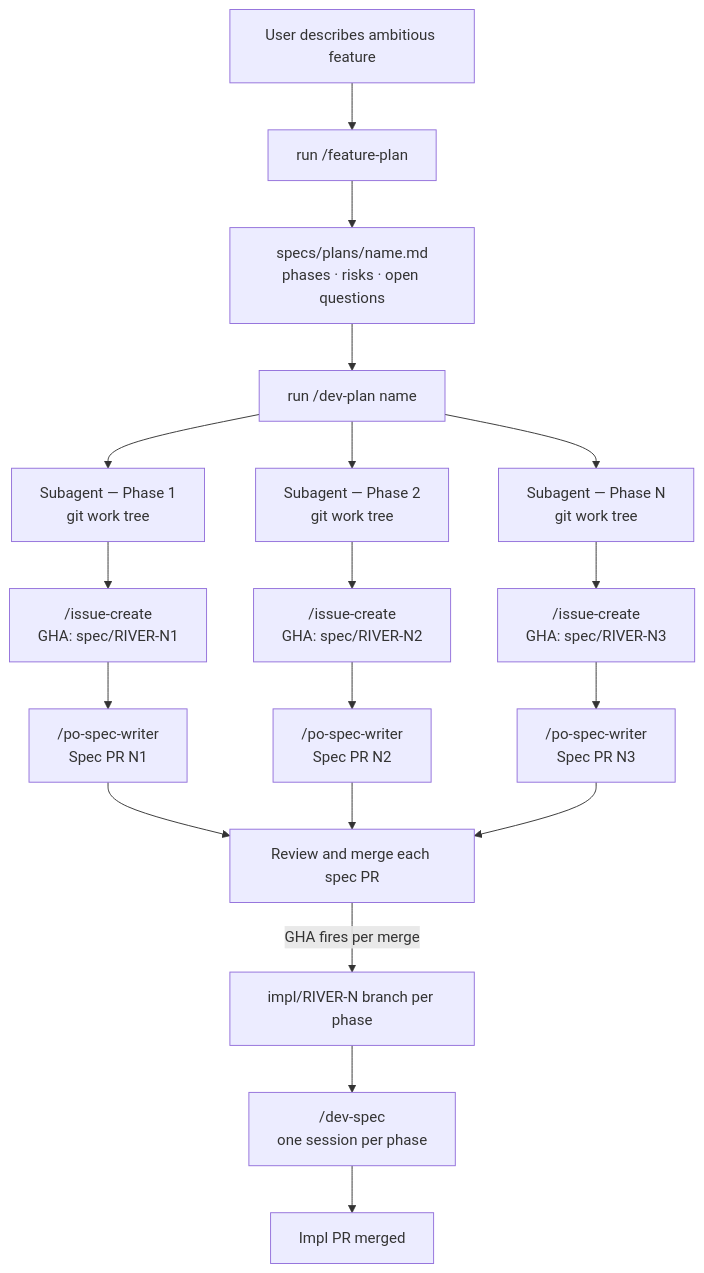
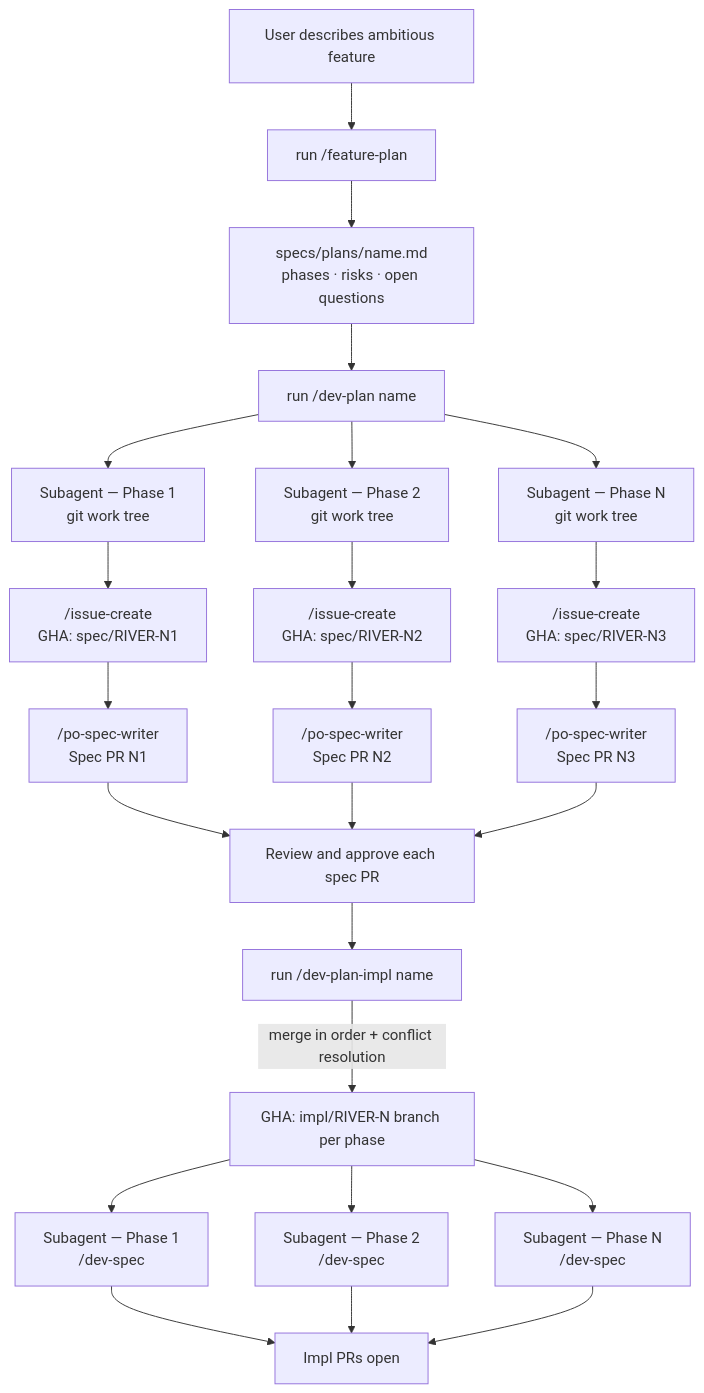
The second of 2 diagrams in README.md (bsterligov/river-spec), drawn with Mermaid before and after one commit. The commit also changed other lines of this file and 2 other files, not shown here.

Commit message:
docs: feat v1 process

````diff
--- a/README.md
+++ b/README.md
@@ -85,26 +85,33 @@
 ```mermaid
 flowchart TD
     A[User describes ambitious feature] --> B["run /feature-plan"]
     B --> C["specs/plans/name.md\nphases · risks · open questions"]
     C --> D["run /dev-plan name"]
 
     D --> SA["Subagent — Phase 1<br/>git work tree"]
     D --> SB["Subagent — Phase 2<br/>git work tree"]
     D --> SC["Subagent — Phase N<br/>git work tree"]
 
     SA --> IA["/issue-create\nGHA: spec/RIVER-N1"]
     SB --> IB["/issue-create\nGHA: spec/RIVER-N2"]
     SC --> IC["/issue-create\nGHA: spec/RIVER-N3"]
 
     IA --> PA["/po-spec-writer\nSpec PR N1"]
     IB --> PB["/po-spec-writer\nSpec PR N2"]
     IC --> PC["/po-spec-writer\nSpec PR N3"]
 
-    PA --> R[Review and merge each spec PR]
+    PA --> R[Review and approve each spec PR]
     PB --> R
     PC --> R
 
-    R -->|GHA fires per merge| I["impl/RIVER-N branch per phase"]
-    I --> DS["/dev-spec\none session per phase"]
-    DS --> M[Impl PR merged]
+    R --> DPI["run /dev-plan-impl name"]
+    DPI -->|merge in order + conflict resolution| M1["GHA: impl/RIVER-N branch per phase"]
+
+    M1 --> IA2["Subagent — Phase 1<br/>/dev-spec"]
+    M1 --> IB2["Subagent — Phase 2<br/>/dev-spec"]
+    M1 --> IC2["Subagent — Phase N<br/>/dev-spec"]
+
+    IA2 --> PR[Impl PRs open]
+    IB2 --> PR
+    IC2 --> PR
 ```
````
